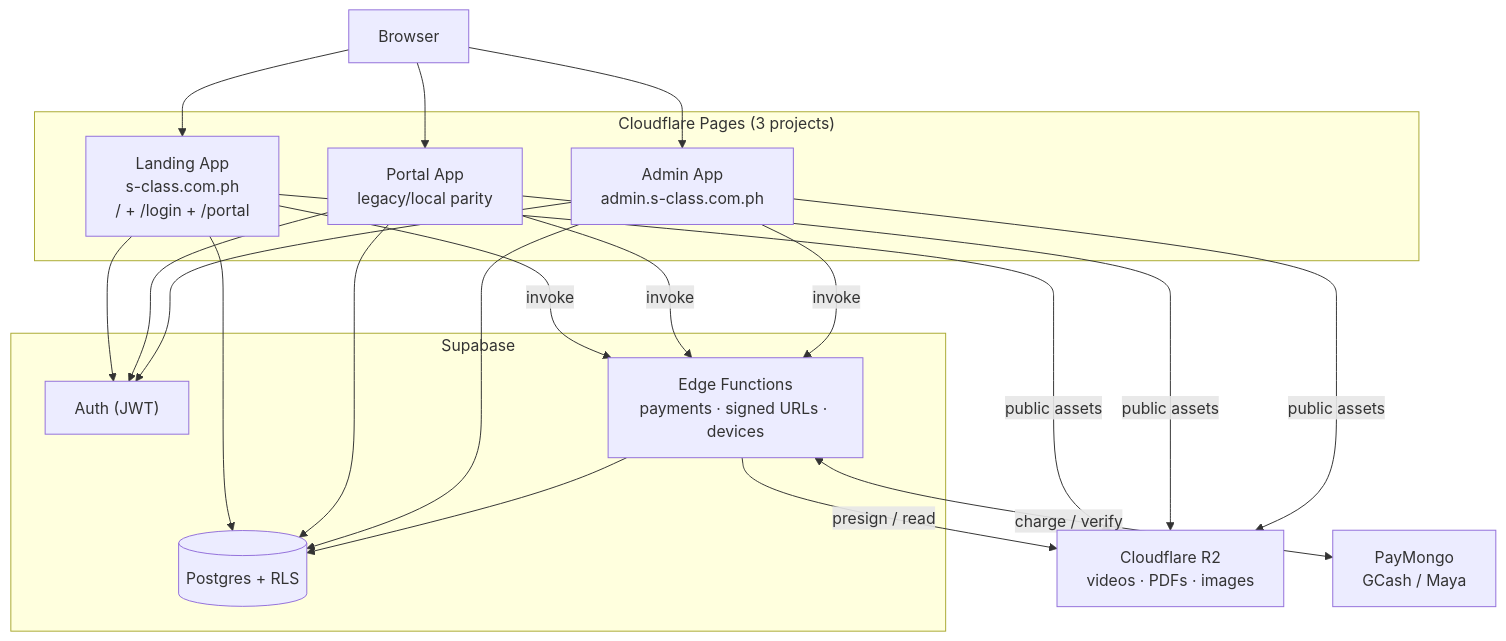
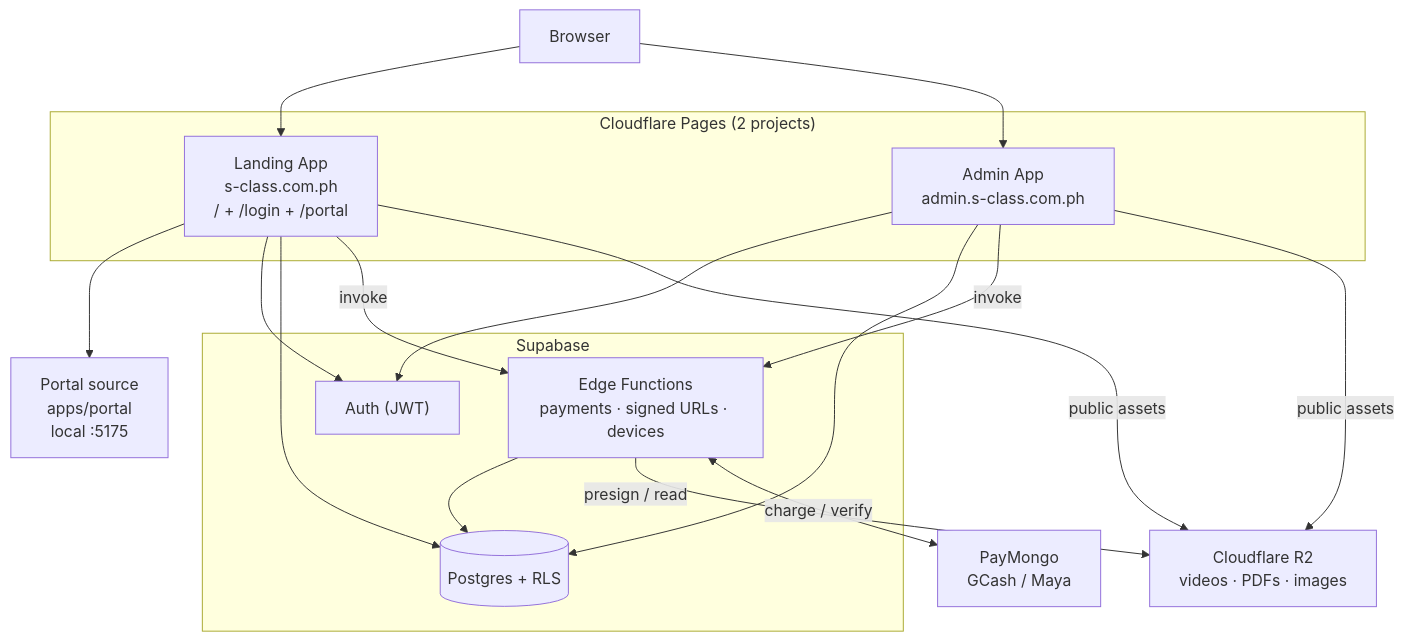
Before and after one commit to johnryAtienza/elearning-review-platform: the diagram in README.md, drawn with Mermaid. The commit also changed other lines of this file and 11 other files, not shown here.

Commit message:
docs: update architecture after retiring standalone portal deployment

````diff
--- a/README.md
+++ b/README.md
@@ -27,27 +27,28 @@
 ```mermaid
 flowchart TD
   Browser["Browser"]
 
-  subgraph Pages["Cloudflare Pages (3 projects)"]
+  subgraph Pages["Cloudflare Pages (2 projects)"]
     Landing["Landing App<br/>s-class.com.ph<br/>/ + /login + /portal"]
-    Portal["Portal App<br/>legacy/local parity"]
     Admin["Admin App<br/>admin.s-class.com.ph"]
   end
+  Portal["Portal source<br/>apps/portal<br/>local :5175"]
 
   subgraph Supabase["Supabase"]
     Auth["Auth (JWT)"]
     DB[("Postgres + RLS")]
     Edge["Edge Functions<br/>payments · signed URLs · devices"]
   end
 
   R2["Cloudflare R2<br/>videos · PDFs · images"]
   PayMongo["PayMongo<br/>GCash / Maya"]
 
-  Browser --> Landing & Portal & Admin
-  Landing & Portal & Admin --> Auth & DB
-  Landing & Portal & Admin -->|invoke| Edge
+  Browser --> Landing & Admin
+  Landing --> Portal
+  Landing & Admin --> Auth & DB
+  Landing & Admin -->|invoke| Edge
   Edge --> DB
   Edge -->|presign / read| R2
   Edge <-->|charge / verify| PayMongo
-  Landing & Portal & Admin -->|public assets| R2
+  Landing & Admin -->|public assets| R2
 ```
````
